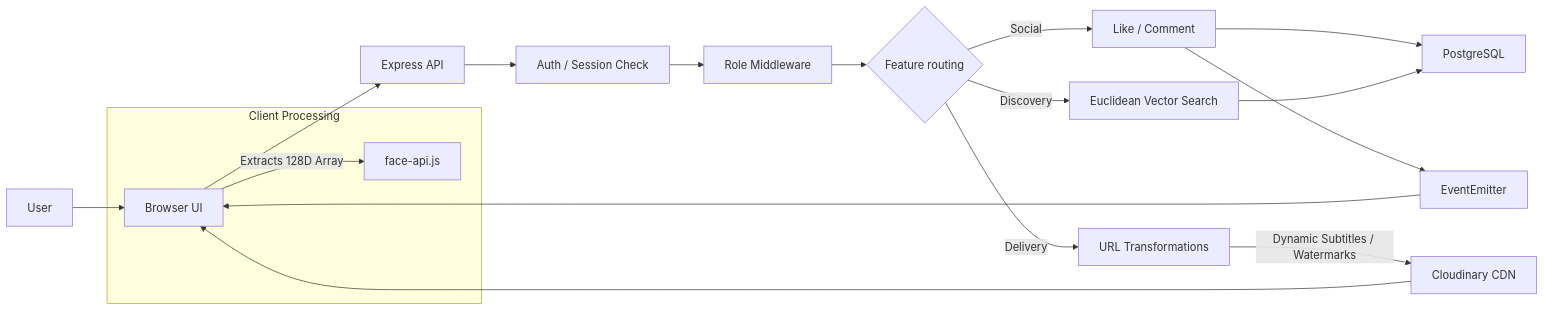
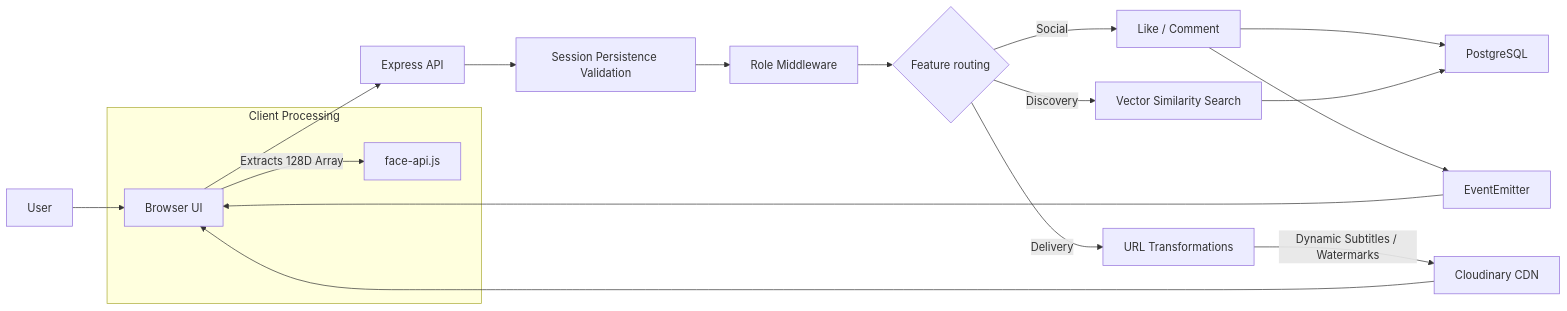
Before and after one commit to Shy-Rez/EventLens: the third of 3 diagrams in ARCHITECTURE.md, drawn with Mermaid. The commit also changed other lines of this file and 3 other files, not shown here.

Commit message:
docs: update API, ARCHITECTURE, and SCHEMA to reflect current state

````diff
--- a/ARCHITECTURE.md
+++ b/ARCHITECTURE.md
@@ -92,26 +92,26 @@
 ```mermaid
   flowchart LR
   User["User"] --> Browser["Browser UI"]
   
   subgraph Client Processing
     Browser -->|Extracts 128D Array| Vector["face-api.js"]
   end
 
   Browser --> API["Express API"]
-  API --> Auth["Auth / Session Check"]
+  API --> Auth["Session Persistence Validation"]
   Auth --> RBAC["Role Middleware"]
   
   RBAC --> FeatureBranch{Feature routing}
   
   FeatureBranch -->|Social| Social["Like / Comment"]
-  FeatureBranch -->|Discovery| Search["Euclidean Vector Search"]
+  FeatureBranch -->|Discovery| Search["Vector Similarity Search"]
   FeatureBranch -->|Delivery| Transform["URL Transformations"]
   
   Social --> DB["PostgreSQL"]
   Search --> DB
   Social --> SSE["EventEmitter"]
   SSE --> Browser
   
   Transform -->|Dynamic Subtitles / Watermarks| Cloud["Cloudinary CDN"]
   Cloud --> Browser
 ```
````
